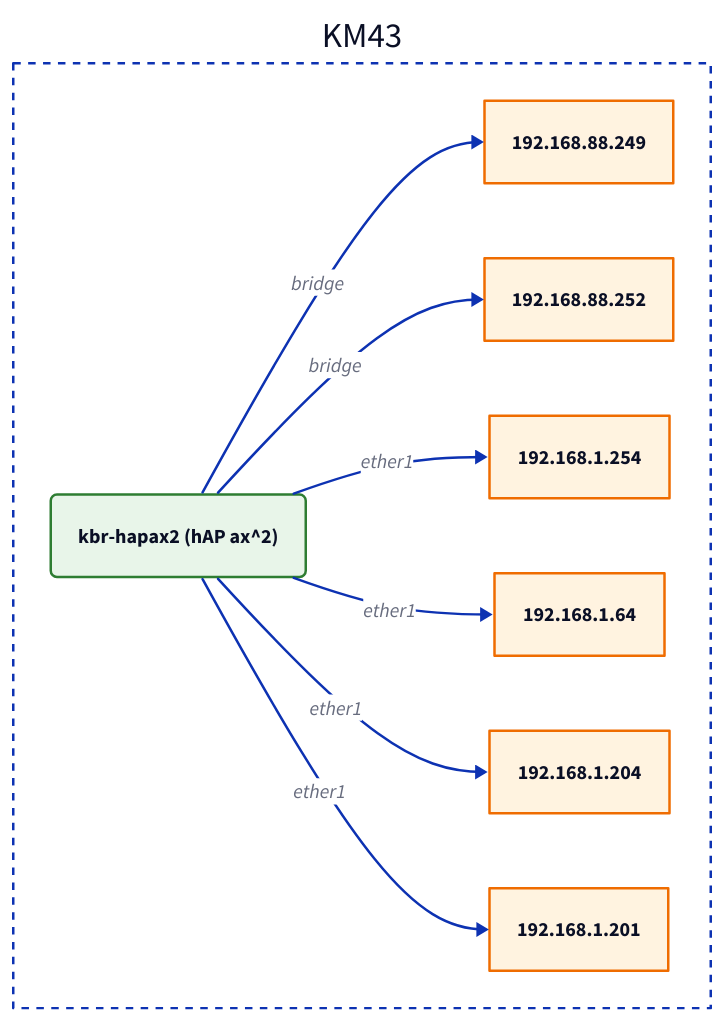
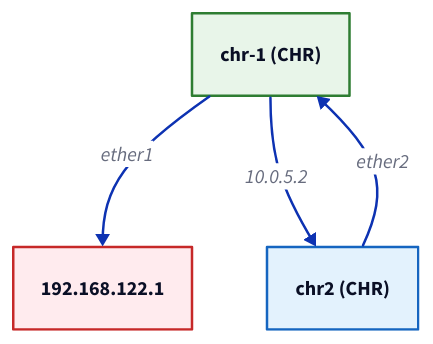
The diagram in scripts/network_map.d2 (kaber420/mikroisp-manager), drawn with D2 before and after one commit. The commit also changed 3 other files, not shown here.

```diff
--- a/scripts/network_map.d2
+++ b/scripts/network_map.d2
@@ -1,43 +1,16 @@
-# Network Topology - MNDP/LLDP + ARP + OSPF
-direction: right
-classes: {
-  router: {
-    style: {stroke-width: 2; border-radius: 5}
-  }
-  zone_box: {
-    style: {stroke-width: 2; stroke-dash: 3; fill: "transparent"}
-  }
+# Network Topology - Recursive Discovery
+direction: down
+
+node_0: "chr-1 (CHR)" {
+  style: {fill: "#e8f5e9"; stroke: "#2e7d32"; stroke-width: 2}
+}
+leaf_1_0: "192.168.122.1" {
+  style: {fill: "#ffebee"; stroke: "#c62828"}
+}
+node_2: "chr2 (CHR)" {
+  style: {fill: "#e3f2fd"; stroke: "#1565c0"}
 }
 
-km43: KM43 {
-  class: zone_box
-}
-
-km43.kbr_hapax2: "kbr-hapax2 (hAP ax^2)" {
-  class: router
-  style: {fill: "#e8f5e9"; stroke: "#2e7d32"}
-}
-km43.n_192_168_88_249: "192.168.88.249" {
-  style: {fill: "#fff3e0"; stroke: "#ef6c00"}
-}
-km43.kbr_hapax2 -> km43.n_192_168_88_249: "bridge"
-km43.n_192_168_88_252: "192.168.88.252" {
-  style: {fill: "#fff3e0"; stroke: "#ef6c00"}
-}
-km43.kbr_hapax2 -> km43.n_192_168_88_252: "bridge"
-km43.n_192_168_1_254: "192.168.1.254" {
-  style: {fill: "#fff3e0"; stroke: "#ef6c00"}
-}
-km43.kbr_hapax2 -> km43.n_192_168_1_254: "ether1"
-km43.n_192_168_1_64: "192.168.1.64" {
-  style: {fill: "#fff3e0"; stroke: "#ef6c00"}
-}
-km43.kbr_hapax2 -> km43.n_192_168_1_64: "ether1"
-km43.n_192_168_1_204: "192.168.1.204" {
-  style: {fill: "#fff3e0"; stroke: "#ef6c00"}
-}
-km43.kbr_hapax2 -> km43.n_192_168_1_204: "ether1"
-km43.n_192_168_1_201: "192.168.1.201" {
-  style: {fill: "#fff3e0"; stroke: "#ef6c00"}
-}
-km43.kbr_hapax2 -> km43.n_192_168_1_201: "ether1"
+node_0 -> leaf_1_0: "ether1"
+node_0 -> node_2: "10.0.5.2"
+node_2 -> node_0: "ether2"
```
